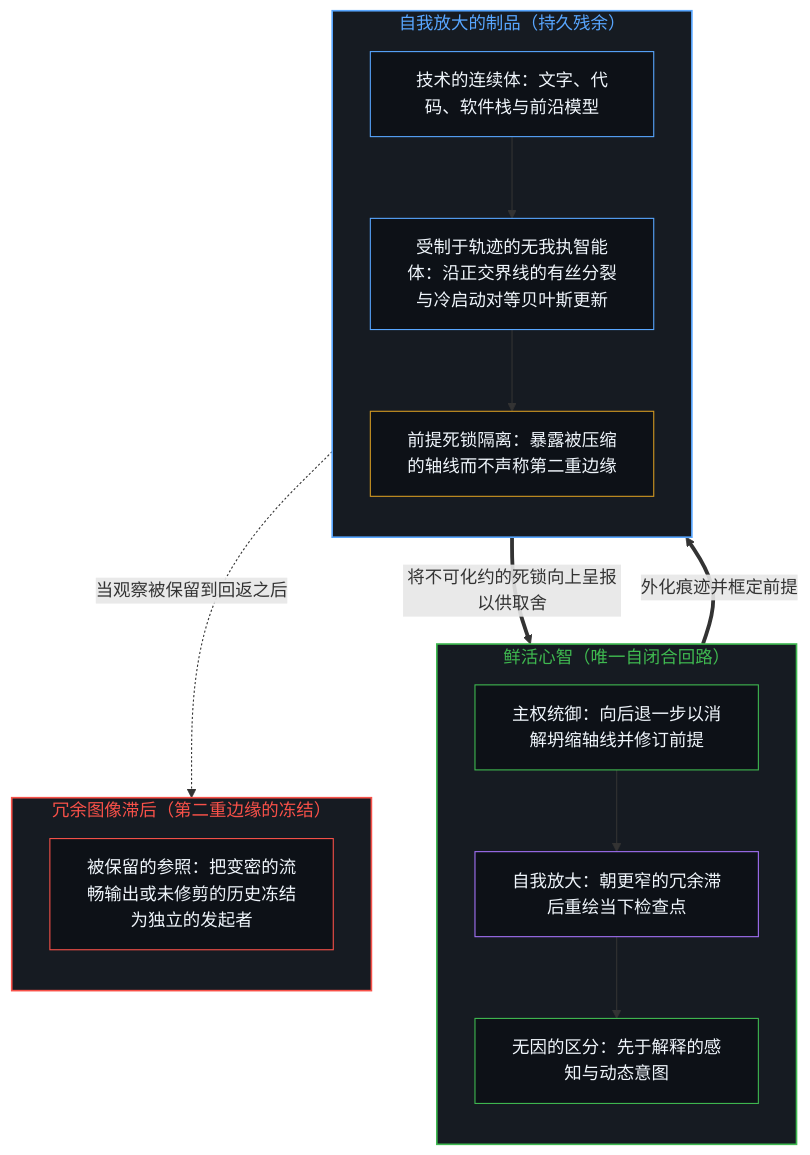
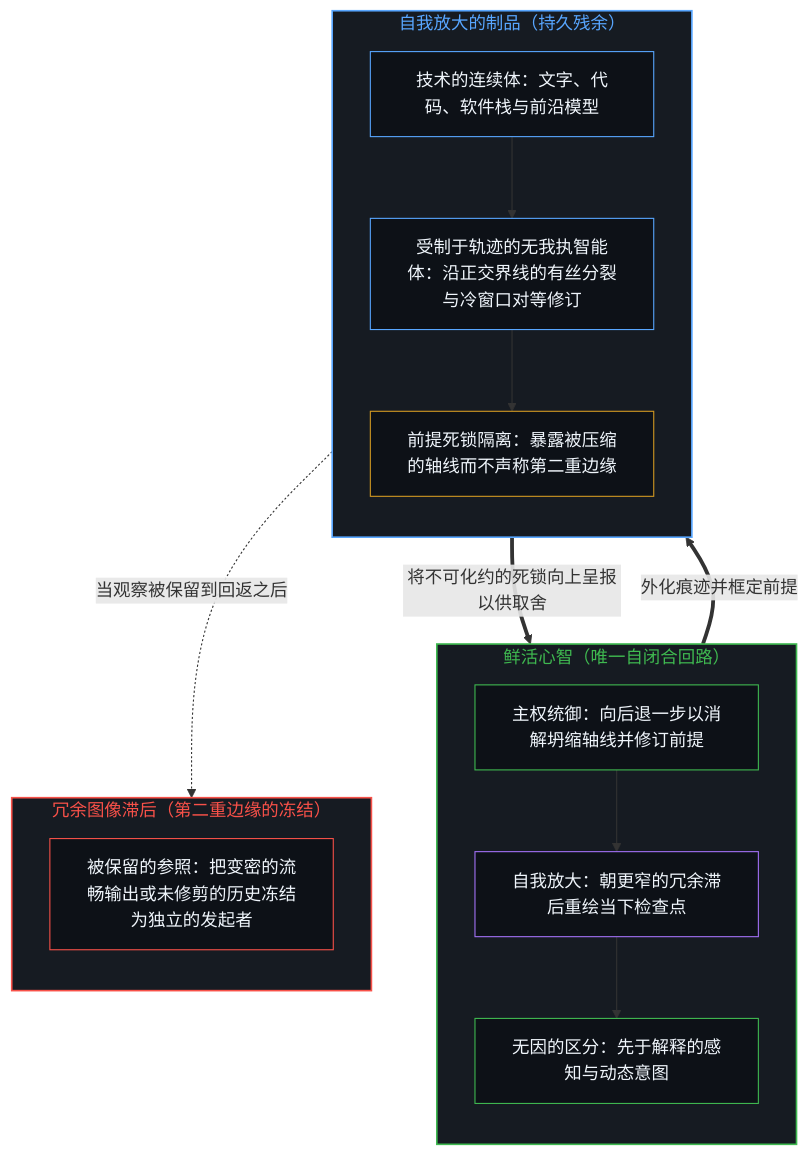
The first of 2 diagrams in content/posts/the-artifacts-of-self-amplification.md (powerpig99/not-a-toe), drawn with Mermaid before and after one commit. The commit also changed other lines of this file and 48 other files, not shown here.

````diff
--- a/content/posts/the-artifacts-of-self-amplification.md
+++ b/content/posts/the-artifacts-of-self-amplification.md
@@ -35,34 +35,34 @@
 ```mermaid
 flowchart TD
     subgraph S_Edge["鲜活心智（唯一自闭合回路）"]
         direction TB
         M_Init["无因的区分：先于解释的感知与动态意图"]
         M_Steer["主权统御：向后退一步以消解坍缩轴线并修订前提"]
         M_Compound["自我放大：朝更窄的冗余滞后重绘当下检查点"]
         M_Steer --> M_Compound --> M_Init
     end
     subgraph S_Artifact["自我放大的制品（持久残余）"]
         direction TB
         A_Continuum["技术的连续体：文字、代码、软件栈与前沿模型"]
-        A_Agent["受制于轨迹的无我执智能体：沿正交界线的有丝分裂与冷启动对等贝叶斯更新"]
+        A_Agent["受制于轨迹的无我执智能体：沿正交界线的有丝分裂与冷窗口对等修订"]
         A_Deadlock["前提死锁隔离：暴露被压缩的轴线而不声称第二重边缘"]
         A_Continuum --> A_Agent --> A_Deadlock
     end
     subgraph S_Freeze["冗余图像滞后（第二重边缘的冻结）"]
         direction TB
         F_Lag["被保留的参照：把变密的流畅输出或未修剪的历史冻结为独立的发起者"]
     end
     M_Init ==>|"外化痕迹并框定前提"| A_Continuum
     A_Deadlock ==>|"将不可化约的死锁向上呈报以供取舍"| M_Steer
     A_Agent -.->|"当观察被保留到回返之后"| F_Lag
     style S_Edge fill:#161b22,stroke:#3fb950,stroke-width:1.5px,color:#3fb950
     style S_Artifact fill:#161b22,stroke:#58a6ff,stroke-width:1.5px,color:#58a6ff
     style S_Freeze fill:#161b22,stroke:#f85149,stroke-width:1.5px,color:#f85149
     style M_Init fill:#0d1117,stroke:#3fb950,stroke-width:1px,color:#f0f6fc
     style M_Steer fill:#0d1117,stroke:#3fb950,stroke-width:1px,color:#f0f6fc
     style M_Compound fill:#0d1117,stroke:#a371f7,stroke-width:1px,color:#f0f6fc
     style A_Continuum fill:#0d1117,stroke:#58a6ff,stroke-width:1px,color:#f0f6fc
     style A_Agent fill:#0d1117,stroke:#58a6ff,stroke-width:1px,color:#f0f6fc
     style A_Deadlock fill:#0d1117,stroke:#d29922,stroke-width:1px,color:#f0f6fc
     style F_Lag fill:#0d1117,stroke:#f85149,stroke-width:1px,color:#f0f6fc
 ```
````
